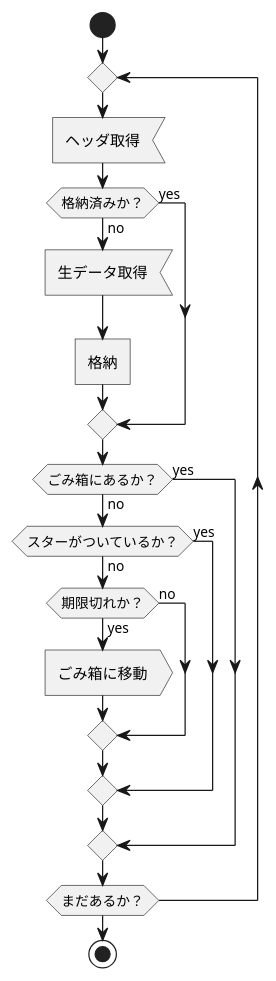
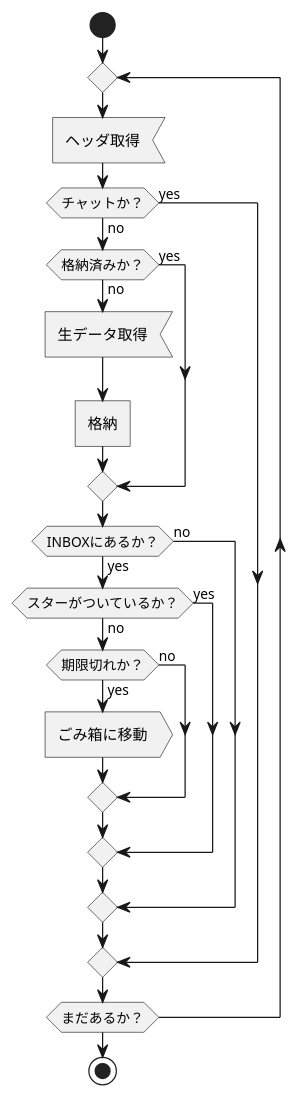
The diagram in docs/Flow.pu (ShTair/GmailBackupper), drawn with PlantUML before and after one commit.

Commit message:
フローの修正

```diff
--- a/docs/Flow.pu
+++ b/docs/Flow.pu
@@ -1,24 +1,27 @@
 start
 
 repeat
   :ヘッダ取得<
 
-  if (格納済みか？) then (yes)
+  if (チャットか？) then (yes)
   else (no)
-    :生データ取得<
-    :格納]
-  endif
+    if (格納済みか？) then (yes)
+    else (no)
+      :生データ取得<
+      :格納]
+    endif
 
-  if (ごみ箱にあるか？) then (yes)
-  else (no)
-    if (スターがついているか？) then (yes)
+    if (INBOXにあるか？) then (yes)
+      if (スターがついているか？) then (yes)
+      else (no)
+        if (期限切れか？) then (yes)
+          :ごみ箱に移動>
+        else (no)
+        endif
+      endif
     else (no)
-      if (期限切れか？) then (yes)
-        :ごみ箱に移動>
-      else (no)
-      endif
     endif
   endif
 repeat while (まだあるか？)
 
 stop
```
